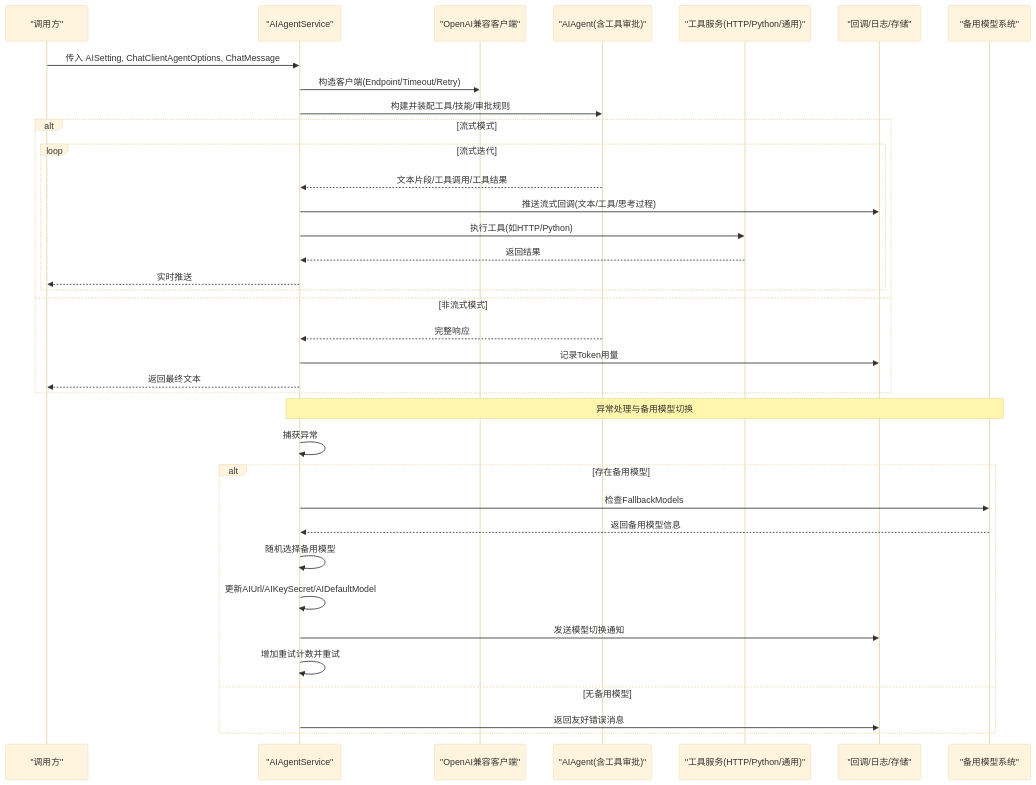
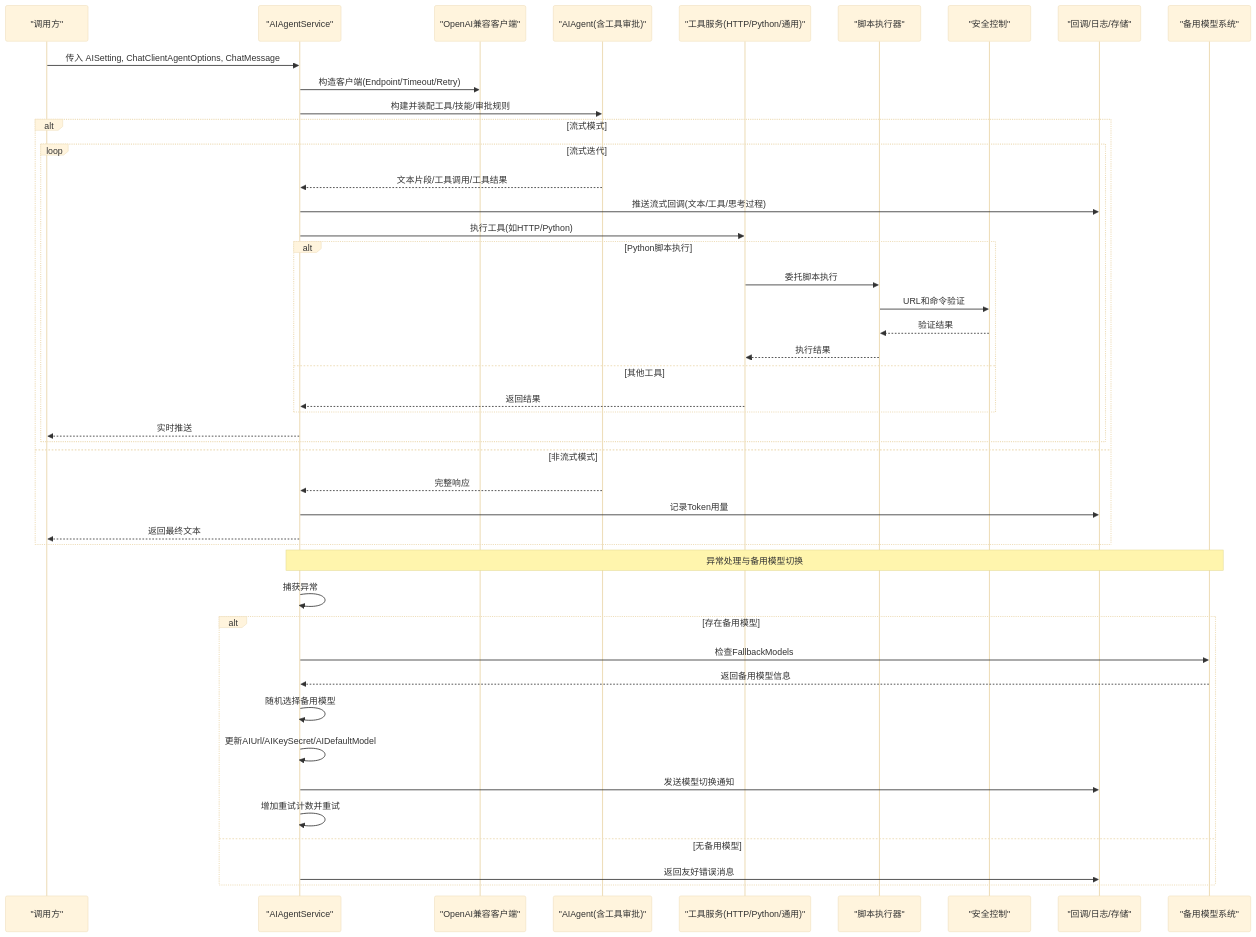
The second of 7 diagrams in .qoder/repowiki/zh/content/AI智能体/AgentFramework集成.md (junkai-li/NetCoreKevin), drawn with Mermaid (base theme) before and after one commit. The commit also changed other lines of this file and 40 other files, not shown here.

````diff
--- a/.qoder/repowiki/zh/content/AI智能体/AgentFramework集成.md
+++ b/.qoder/repowiki/zh/content/AI智能体/AgentFramework集成.md
@@ -124,38 +141,47 @@
 ```mermaid
 sequenceDiagram
 participant Caller as "调用方"
 participant Service as "AIAgentService"
 participant Client as "OpenAI兼容客户端"
 participant Agent as "AIAgent(含工具审批)"
 participant Tool as "工具服务(HTTP/Python/通用)"
+participant ScriptExec as "脚本执行器"
+participant Guardrails as "安全控制"
 participant Store as "回调/日志/存储"
 participant Fallback as "备用模型系统"
 Caller->>Service : 传入 AISetting, ChatClientAgentOptions, ChatMessage
 Service->>Client : 构造客户端(Endpoint/Timeout/Retry)
 Service->>Agent : 构建并装配工具/技能/审批规则
 alt 流式模式
 loop 流式迭代
 Agent-->>Service : 文本片段/工具调用/工具结果
 Service->>Store : 推送流式回调(文本/工具/思考过程)
 Service->>Tool : 执行工具(如HTTP/Python)
+alt Python脚本执行
+Tool->>ScriptExec : 委托脚本执行
+ScriptExec->>Guardrails : URL和命令验证
+Guardrails-->>ScriptExec : 验证结果
+ScriptExec-->>Tool : 执行结果
+else 其他工具
 Tool-->>Service : 返回结果
+end
 Service-->>Caller : 实时推送
 end
 else 非流式模式
 Agent-->>Service : 完整响应
 Service->>Store : 记录Token用量
 Service-->>Caller : 返回最终文本
 end
 Note over Service,Fallback : 异常处理与备用模型切换
 Service->>Service : 捕获异常
 alt 存在备用模型
 Service->>Fallback : 检查FallbackModels
 Fallback-->>Service : 返回备用模型信息
 Service->>Service : 随机选择备用模型
 Service->>Service : 更新AIUrl/AIKeySecret/AIDefaultModel
 Service->>Store : 发送模型切换通知
 Service->>Service : 增加重试计数并重试
 else 无备用模型
 Service->>Store : 返回友好错误消息
 end
 ```
````
